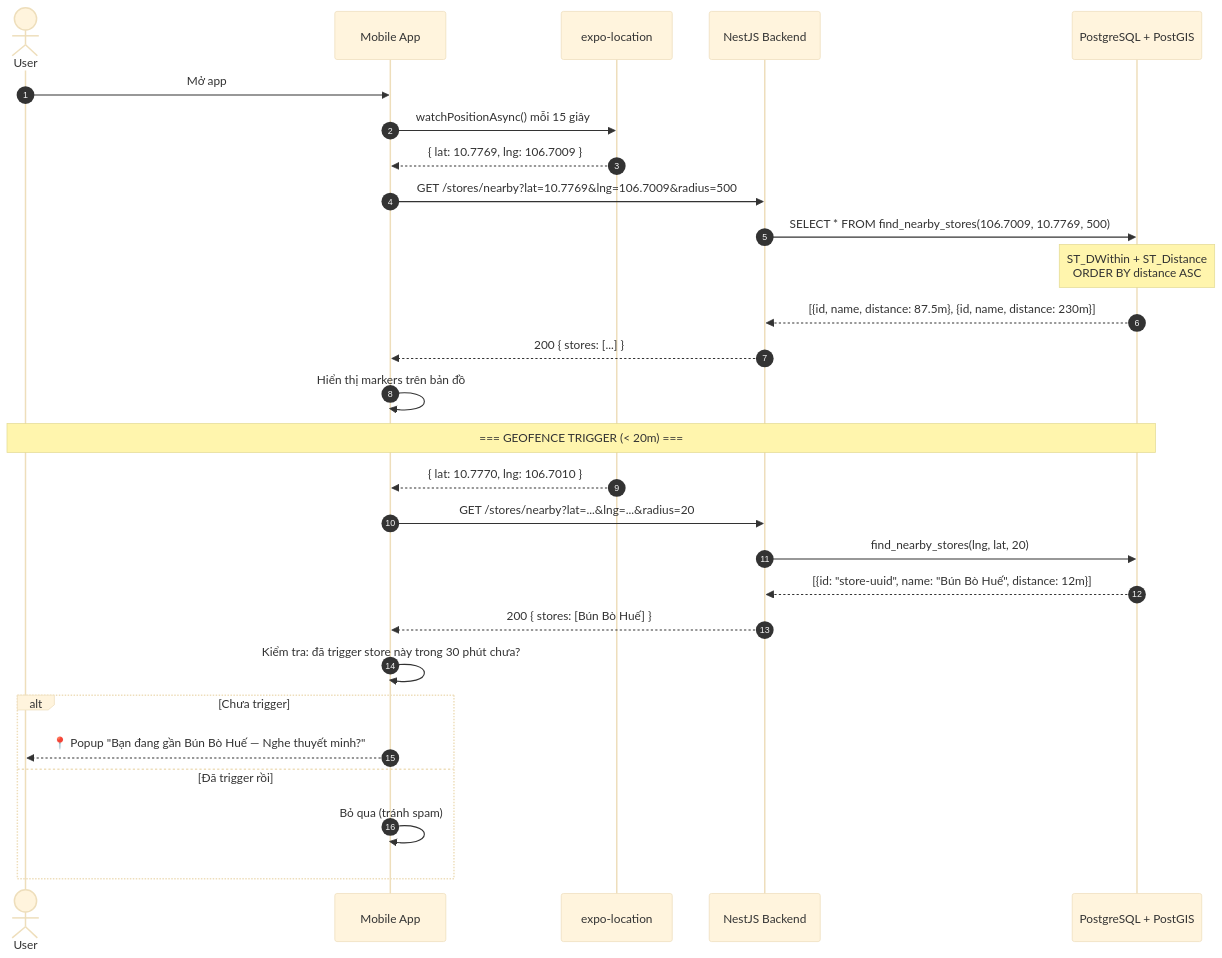
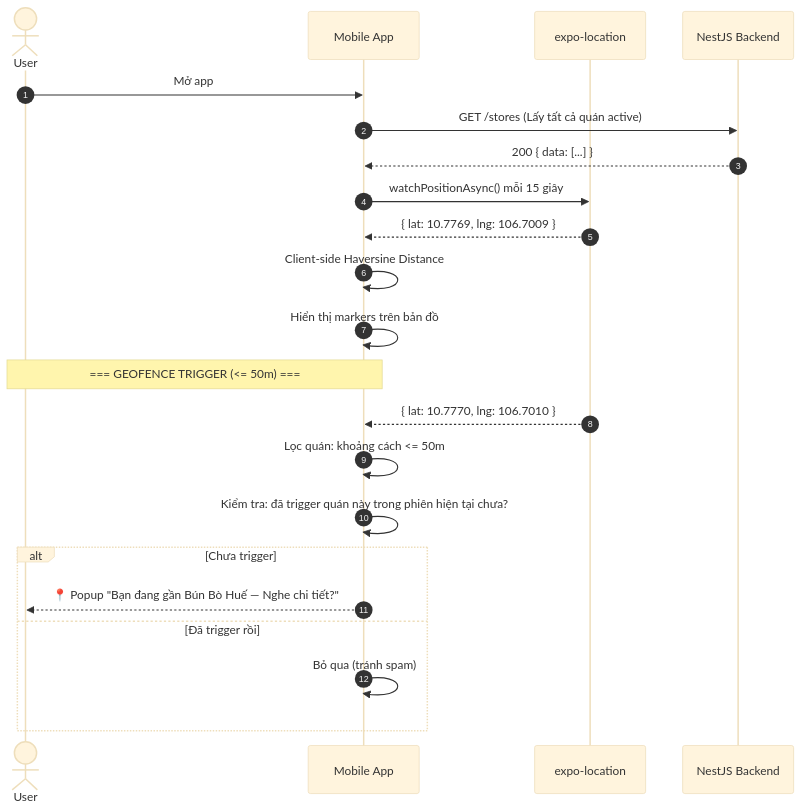
One commit to thankhanh/Seminar_sgu changed the second of 13 diagrams in docs/diagrams.md. Above: the diagram before and after it, drawn with Mermaid (base theme). The commit also changed other lines of this file and 3 other files, not shown here.

````diff
--- a/docs/diagrams.md
+++ b/docs/diagrams.md
@@ -84,38 +84,31 @@
 ```mermaid
 sequenceDiagram
     autonumber
     actor U as User
     participant App as Mobile App
     participant GPS as expo-location
     participant API as NestJS Backend
-    participant PG as PostgreSQL + PostGIS
 
     U->>App: Mở app
+    App->>API: GET /stores (Lấy tất cả quán active)
+    API-->>App: 200 { data: [...] }
+    
     App->>GPS: watchPositionAsync() mỗi 15 giây
     GPS-->>App: { lat: 10.7769, lng: 106.7009 }
     
-    App->>API: GET /stores/nearby?lat=10.7769&lng=106.7009&radius=500
-    API->>PG: SELECT * FROM find_nearby_stores(106.7009, 10.7769, 500)
-    
-    Note over PG: ST_DWithin + ST_Distance<br/>ORDER BY distance ASC
-    
-    PG-->>API: [{id, name, distance: 87.5m}, {id, name, distance: 230m}]
-    API-->>App: 200 { stores: [...] }
+    App->>App: Client-side Haversine Distance
     App->>App: Hiển thị markers trên bản đồ
 
-    Note over U,PG: === GEOFENCE TRIGGER (< 20m) ===
+    Note over U,App: === GEOFENCE TRIGGER (<= 50m) ===
     
     GPS-->>App: { lat: 10.7770, lng: 106.7010 }
-    App->>API: GET /stores/nearby?lat=...&lng=...&radius=20
-    API->>PG: find_nearby_stores(lng, lat, 20)
-    PG-->>API: [{id: "store-uuid", name: "Bún Bò Huế", distance: 12m}]
-    API-->>App: 200 { stores: [Bún Bò Huế] }
+    App->>App: Lọc quán: khoảng cách <= 50m
     
-    App->>App: Kiểm tra: đã trigger store này trong 30 phút chưa?
+    App->>App: Kiểm tra: đã trigger quán này trong phiên hiện tại chưa?
     
     alt Chưa trigger
-        App-->>U: 📍 Popup "Bạn đang gần Bún Bò Huế — Nghe thuyết minh?"
+        App-->>U: 📍 Popup "Bạn đang gần Bún Bò Huế — Nghe chi tiết?"
     else Đã trigger rồi
         App->>App: Bỏ qua (tránh spam)
     end
 ```
````
